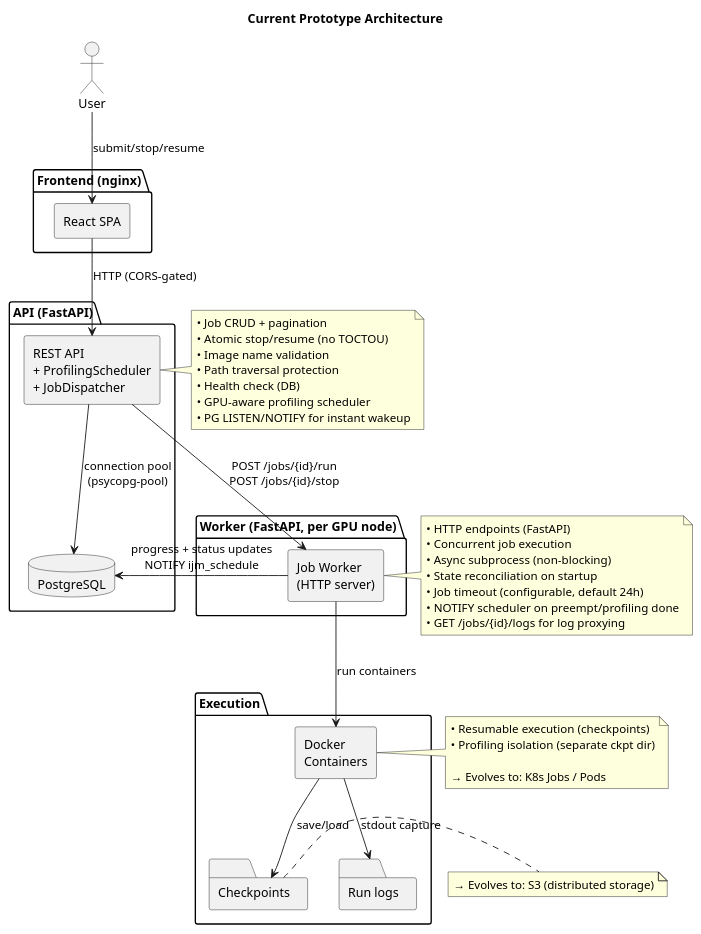
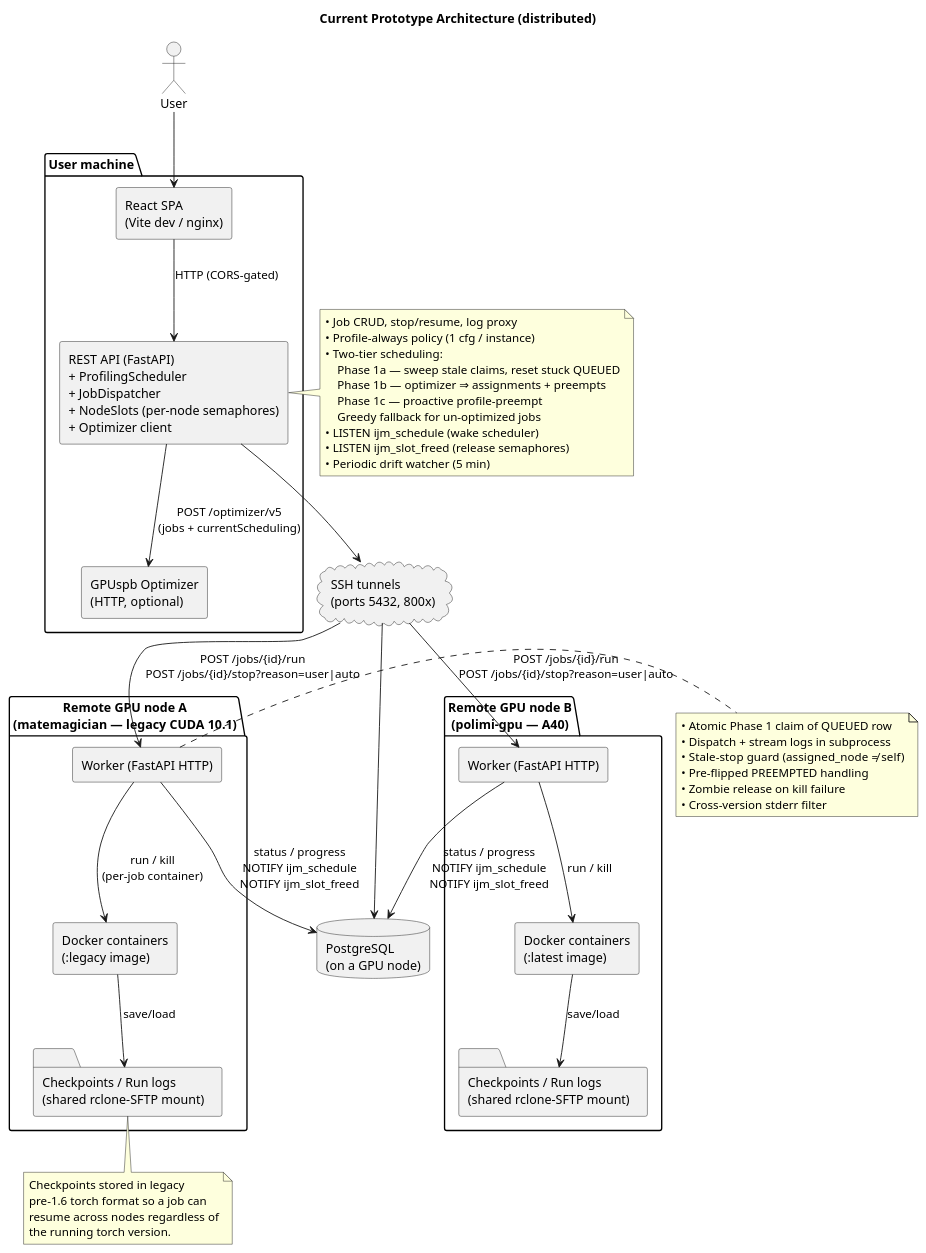
The diagram in documentation/current_prototype_status.puml (janwan2003/intelligent-job-management), drawn with PlantUML before and after one commit. The commit also changed 28 other files, not shown here.

```diff
--- a/documentation/current_prototype_status.puml
+++ b/documentation/current_prototype_status.puml
@@ -1,69 +1,78 @@
 @startuml CurrentPrototype
-title Current Prototype Architecture
+title Current Prototype Architecture (distributed)
 
 skinparam shadowing false
 skinparam componentStyle rectangle
 
 actor User
 
-package "Frontend (nginx)" {
-    rectangle "React SPA" as UI
+package "User machine" {
+    rectangle "React SPA\n(Vite dev / nginx)" as UI
+    rectangle "REST API (FastAPI)\n+ ProfilingScheduler\n+ JobDispatcher\n+ NodeSlots (per-node semaphores)\n+ Optimizer client" as API
+    rectangle "GPUspb Optimizer\n(HTTP, optional)" as OPT
 }
 
-package "API (FastAPI)" {
-    rectangle "REST API\n+ ProfilingScheduler\n+ JobDispatcher" as API
-    database "PostgreSQL" as DB
+cloud "SSH tunnels\n(ports 5432, 800x)" as SSH
+
+package "Remote GPU node A\n(matemagician — legacy CUDA 10.1)" {
+    rectangle "Worker (FastAPI HTTP)" as WorkerA
+    rectangle "Docker containers\n(:legacy image)" as DockerA
+    folder "Checkpoints / Run logs\n(shared rclone-SFTP mount)" as FSA
 }
 
-package "Worker (FastAPI, per GPU node)" {
-    rectangle "Job Worker\n(HTTP server)" as JobWorker
+package "Remote GPU node B\n(polimi-gpu — A40)" {
+    rectangle "Worker (FastAPI HTTP)" as WorkerB
+    rectangle "Docker containers\n(:latest image)" as DockerB
+    folder "Checkpoints / Run logs\n(shared rclone-SFTP mount)" as FSB
 }
 
-package "Execution" {
-    rectangle "Docker\nContainers" as Docker
-    folder "Checkpoints" as Checkpoints
-    folder "Run logs" as Logs
-}
+database "PostgreSQL\n(on a GPU node)" as DB
 
 ' Interactions
-User --> UI : submit/stop/resume
+User --> UI
 UI --> API : HTTP (CORS-gated)
-API --> DB : connection pool\n(psycopg-pool)
-API --> JobWorker : POST /jobs/{id}/run\nPOST /jobs/{id}/stop
-JobWorker --> Docker : run containers
-JobWorker --> DB : progress + status updates\nNOTIFY ijm_schedule
-Docker --> Checkpoints : save/load
-Docker --> Logs : stdout capture
+
+API --> OPT : POST /optimizer/v5\n(jobs + currentScheduling)
+API --> SSH
+SSH --> WorkerA : POST /jobs/{id}/run\nPOST /jobs/{id}/stop?reason=user|auto
+SSH --> WorkerB : POST /jobs/{id}/run\nPOST /jobs/{id}/stop?reason=user|auto
+SSH --> DB
+
+WorkerA --> DockerA : run / kill\n(per-job container)
+WorkerB --> DockerB : run / kill
+DockerA --> FSA : save/load
+DockerB --> FSB : save/load
+
+WorkerA --> DB : status / progress\nNOTIFY ijm_schedule\nNOTIFY ijm_slot_freed
+WorkerB --> DB : status / progress\nNOTIFY ijm_schedule\nNOTIFY ijm_slot_freed
 
 note right of API
-    • Job CRUD + pagination
-    • Atomic stop/resume (no TOCTOU)
-    • Image name validation
-    • Path traversal protection
-    • Health check (DB)
-    • GPU-aware profiling scheduler
-    • PG LISTEN/NOTIFY for instant wakeup
+    • Job CRUD, stop/resume, log proxy
+    • Profile-always policy (1 cfg / instance)
+    • Two-tier scheduling:
+        Phase 1a — sweep stale claims, reset stuck QUEUED
+        Phase 1b — optimizer ⇒ assignments + preempts
+        Phase 1c — proactive profile-preempt
+        Greedy fallback for un-optimized jobs
+    • LISTEN ijm_schedule (wake scheduler)
+    • LISTEN ijm_slot_freed (release semaphores)
+    • Periodic drift watcher (5 min)
 end note
 
-note right of JobWorker
-    • HTTP endpoints (FastAPI)
-    • Concurrent job execution
-    • Async subprocess (non-blocking)
-    • State reconciliation on startup
-    • Job timeout (configurable, default 24h)
-    • NOTIFY scheduler on preempt/profiling done
-    • GET /jobs/{id}/logs for log proxying
+note right of WorkerA
+    • Atomic Phase 1 claim of QUEUED row
+    • Dispatch + stream logs in subprocess
+    • Stale-stop guard (assigned_node ≠ self)
+    • Pre-flipped PREEMPTED handling
+    • Zombie release on kill failure
+    • Cross-version stderr filter
 end note
 
-note right of Docker
-    • Resumable execution (checkpoints)
-    • Profiling isolation (separate ckpt dir)
-
-    → Evolves to: K8s Jobs / Pods
-end note
-
-note right of Checkpoints
-    → Evolves to: S3 (distributed storage)
+note bottom of FSA
+    Checkpoints stored in legacy
+    pre-1.6 torch format so a job can
+    resume across nodes regardless of
+    the running torch version.
 end note
 
 @enduml
```
